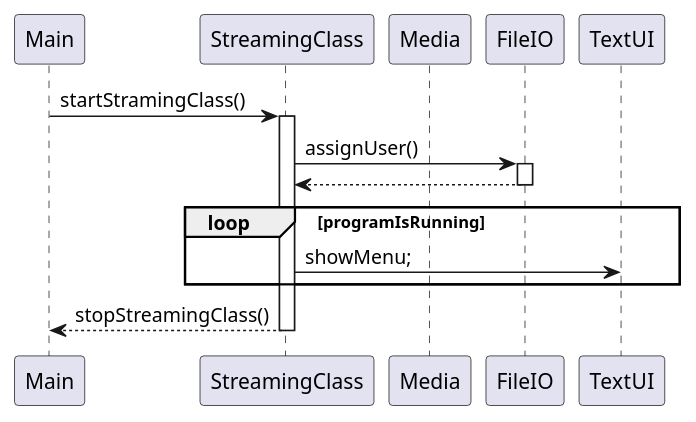
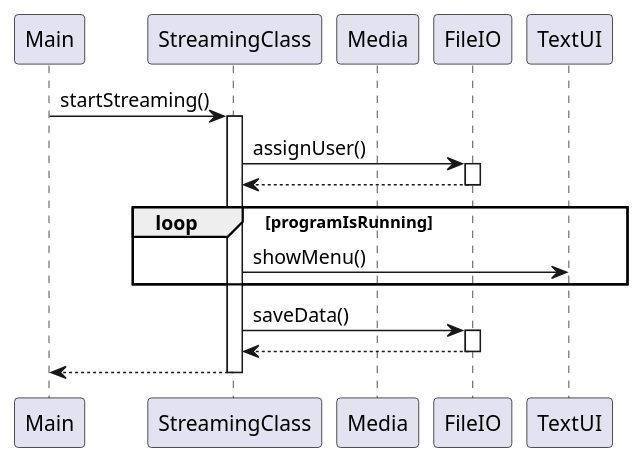
The diagram in doc/model/dynamic/sekvensDiagram.puml (Studiegruppe-B/SP3-Streamingtjeneste), drawn with PlantUML before and after one commit.

Commit message:
Små ændringer

```diff
--- a/doc/model/dynamic/sekvensDiagram.puml
+++ b/doc/model/dynamic/sekvensDiagram.puml
@@ -1,23 +1,27 @@
 @startuml
 participant Main
 participant StreamingClass
 participant Media
 participant FileIO
 participant TextUI
 
-Main -> StreamingClass : startStramingClass()
+Main -> StreamingClass : startStreaming()
 activate StreamingClass
 
 StreamingClass -> FileIO : assignUser()
 activate FileIO
 FileIO --> StreamingClass
 deactivate FileIO
 
+loop programIsRunning
+    StreamingClass -> TextUI : showMenu()
+end
 
-loop programIsRunning
-    StreamingClass -> TextUI : showMenu;
-    end
+StreamingClass -> FileIO : saveData()
+activate FileIO
+FileIO --> StreamingClass
+deactivate FileIO
 
-StreamingClass --> Main : stopStreamingClass()
+StreamingClass --> Main
 deactivate StreamingClass
 @enduml
```
